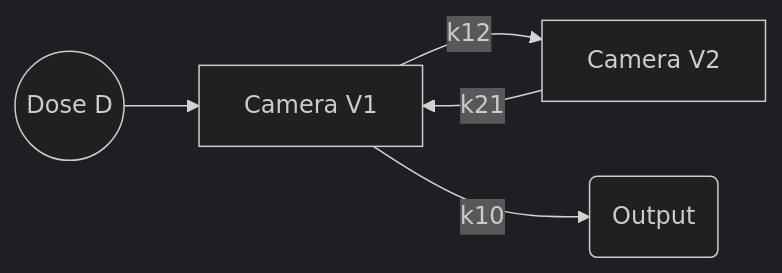
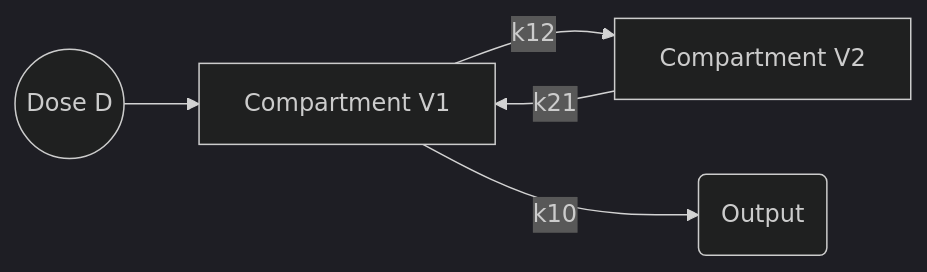
One commit to Krash13/PyPharm changed the third of 4 diagrams in README.md. Above: the diagram before and after it, drawn with Mermaid (dark theme).

Commit message:
Added readme eng

````diff
--- a/README.md
+++ b/README.md
@@ -203,7 +203,7 @@
 ```mermaid
 graph LR
-D((Dose D)) --> V1[Camera V1]
-V1 -- k12 --> V2[Camera V2]
+D((Dose D)) --> V1[Compartment V1]
+V1 -- k12 --> V2[Compartment V2]
 V2 -- k21 --> V1
 V1 -- k10 --> Out(Output)
 ```
````
